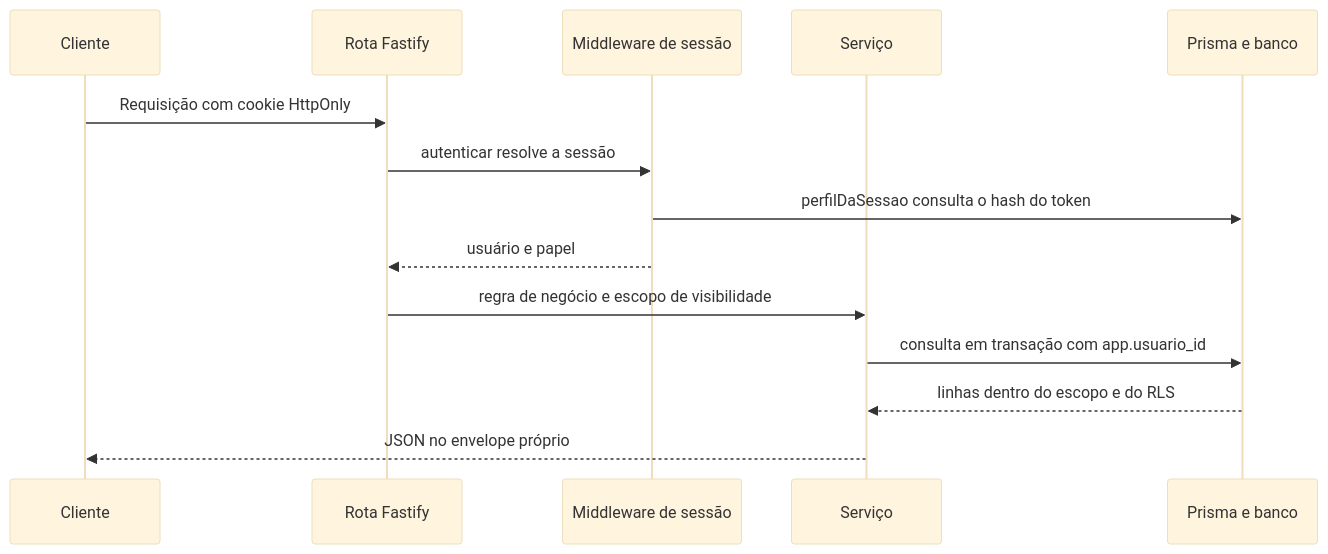
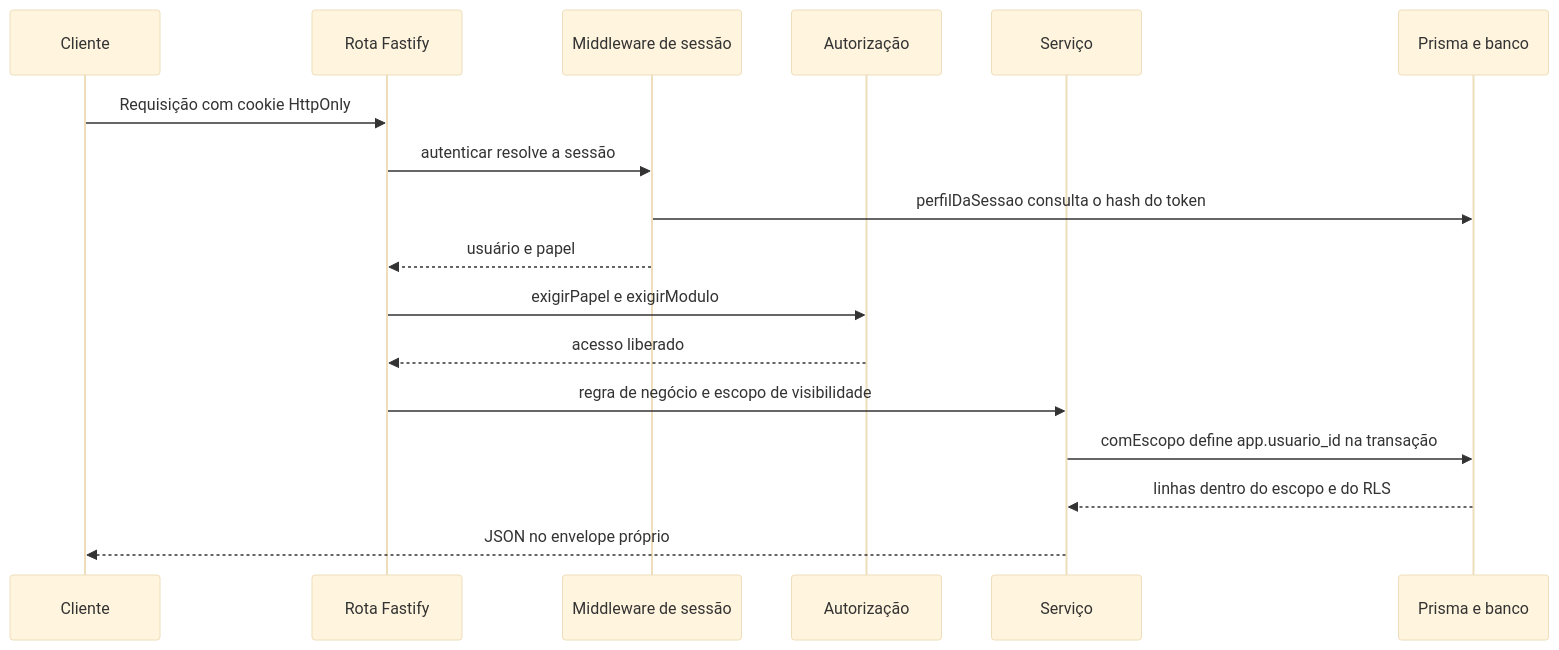
Before and after one commit to eemtijca/buscapp: the second of 2 diagrams in docs/arquitetura.md, drawn with Mermaid (base theme). The commit also changed other lines of this file and 14 other files, not shown here.

````diff
--- a/docs/arquitetura.md
+++ b/docs/arquitetura.md
@@ -32,16 +34,19 @@
 ```mermaid
 sequenceDiagram
   participant C as Cliente
   participant R as Rota Fastify
   participant M as Middleware de sessão
+  participant Z as Autorização
   participant S as Serviço
   participant B as Prisma e banco
   C->>R: Requisição com cookie HttpOnly
   R->>M: autenticar resolve a sessão
   M->>B: perfilDaSessao consulta o hash do token
   M-->>R: usuário e papel
+  R->>Z: exigirPapel e exigirModulo
+  Z-->>R: acesso liberado
   R->>S: regra de negócio e escopo de visibilidade
-  S->>B: consulta em transação com app.usuario_id
+  S->>B: comEscopo define app.usuario_id na transação
   B-->>S: linhas dentro do escopo e do RLS
   S-->>C: JSON no envelope próprio
 ```
````
